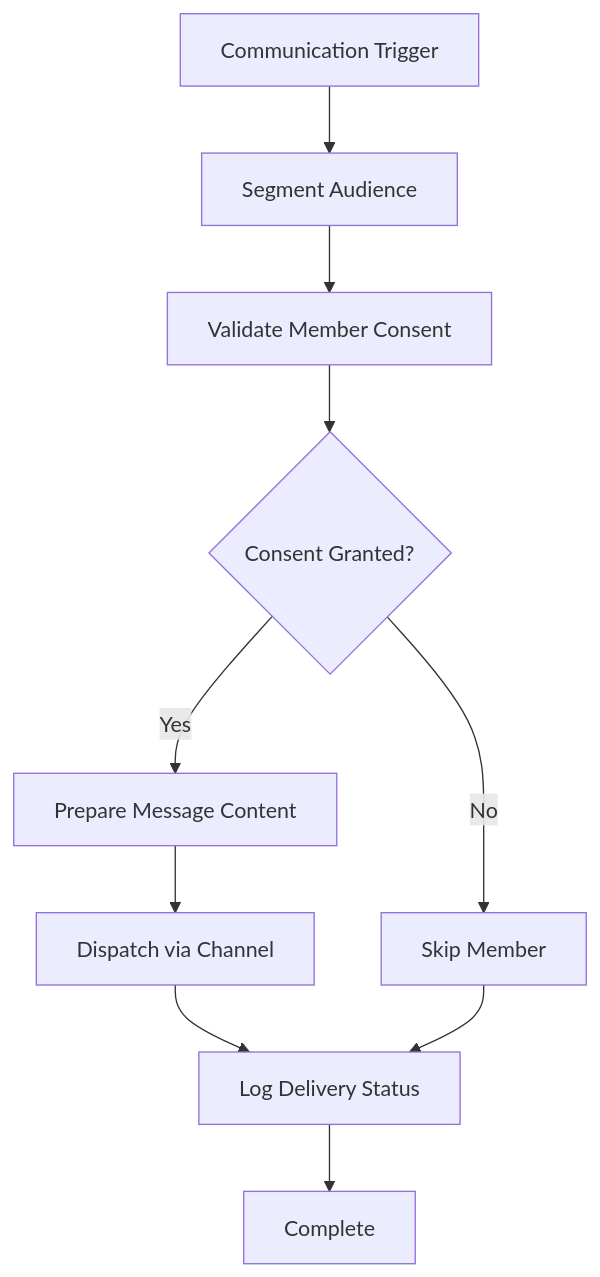
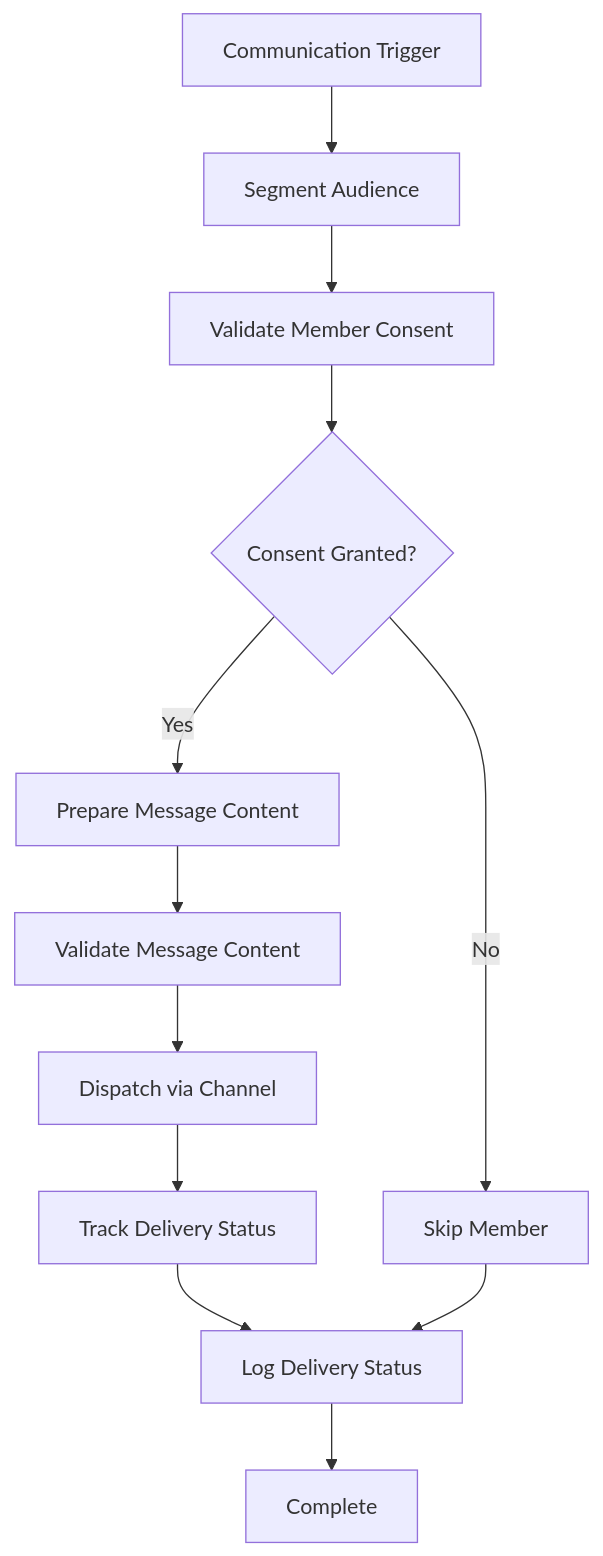
The eighth of 12 diagrams in .qoder/repowiki/en/content/Member Management/Member Management.md (raihom-netizen/com.gestaoyahwehios.app), drawn with Mermaid before and after one commit. The commit also changed other lines of this file and 161 other files, not shown here.

````diff
--- a/.qoder/repowiki/en/content/Member Management/Member Management.md
+++ b/.qoder/repowiki/en/content/Member Management/Member Management.md
@@ -332,12 +410,14 @@
 ```mermaid
 flowchart TD
 Trigger["Communication Trigger"] --> Segment["Segment Audience"]
 Segment --> ValidateConsent["Validate Member Consent"]
 ValidateConsent --> ConsentOK{"Consent Granted?"}
 ConsentOK --> |No| Skip["Skip Member"]
 ConsentOK --> |Yes| PrepareMessage["Prepare Message Content"]
-PrepareMessage --> Dispatch["Dispatch via Channel"]
-Dispatch --> Log["Log Delivery Status"]
+PrepareMessage --> ValidateContent["Validate Message Content"]
+ValidateContent --> Dispatch["Dispatch via Channel"]
+Dispatch --> TrackDelivery["Track Delivery Status"]
+TrackDelivery --> Log["Log Delivery Status"]
 Skip --> Log
 Log --> Complete["Complete"]
 ```
````
